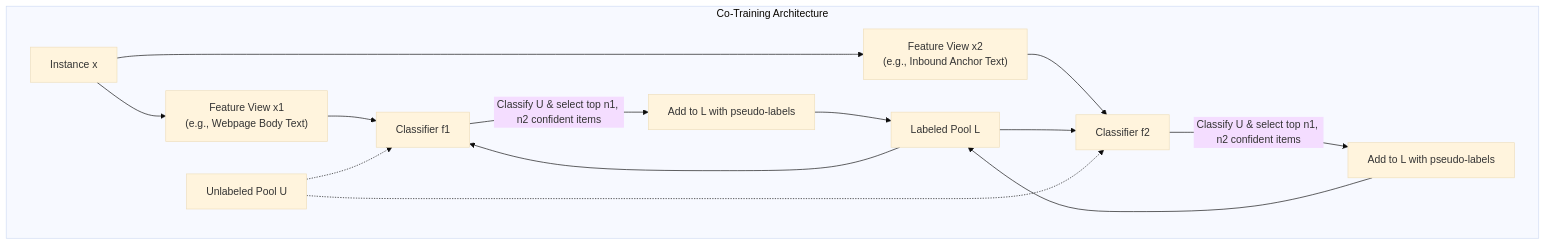
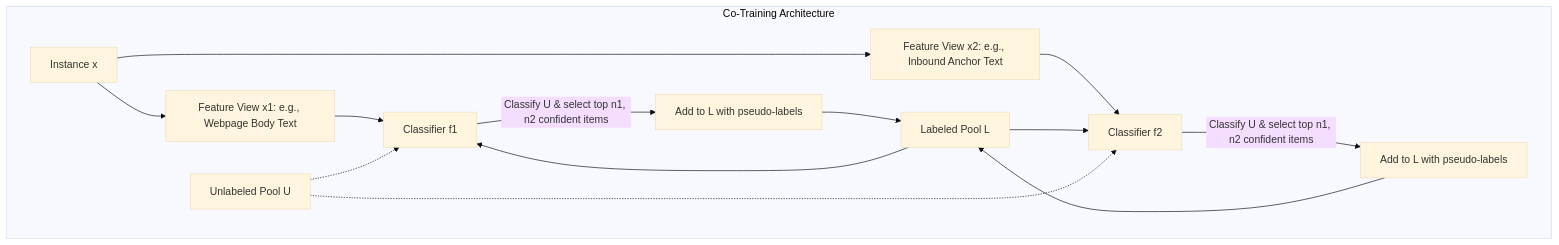
One commit to DeepLumiere/DeepSkills changed the third of 14 diagrams in notes/machine_learning/ssl_rl_and_intro_to_deep_learning.md. Above: the diagram before and after it, drawn with Mermaid (base theme). The commit also changed other lines of this file and 56 other files, not shown here.

````diff
--- a/notes/machine_learning/ssl_rl_and_intro_to_deep_learning.md
+++ b/notes/machine_learning/ssl_rl_and_intro_to_deep_learning.md
@@ -205,21 +205,21 @@
 ```mermaid
 graph TD
-    subgraph Co-Training Architecture
-        X["Instance x"] --> X1["Feature View x1<br/>(e.g., Webpage Body Text)"]
-        X --> X2["Feature View x2<br/>(e.g., Inbound Anchor Text)"]
+    subgraph CoTraining_Architecture ["Co-Training Architecture"]
+        X["Instance x"] --> X1["Feature View x1: e.g., Webpage Body Text"]
+        X --> X2["Feature View x2: e.g., Inbound Anchor Text"]
 
         X1 --> F1["Classifier f1"]
         X2 --> F2["Classifier f2"]
 
         L["Labeled Pool L"] --> F1
         L --> F2
 
         F1 -- "Classify U & select top n1, n2 confident items" --> PL1["Add to L with pseudo-labels"]
         F2 -- "Classify U & select top n1, n2 confident items" --> PL2["Add to L with pseudo-labels"]
 
         PL1 --> L
         PL2 --> L
         U["Unlabeled Pool U"] -.-> F1
         U -.-> F2
     end
 ```
````
